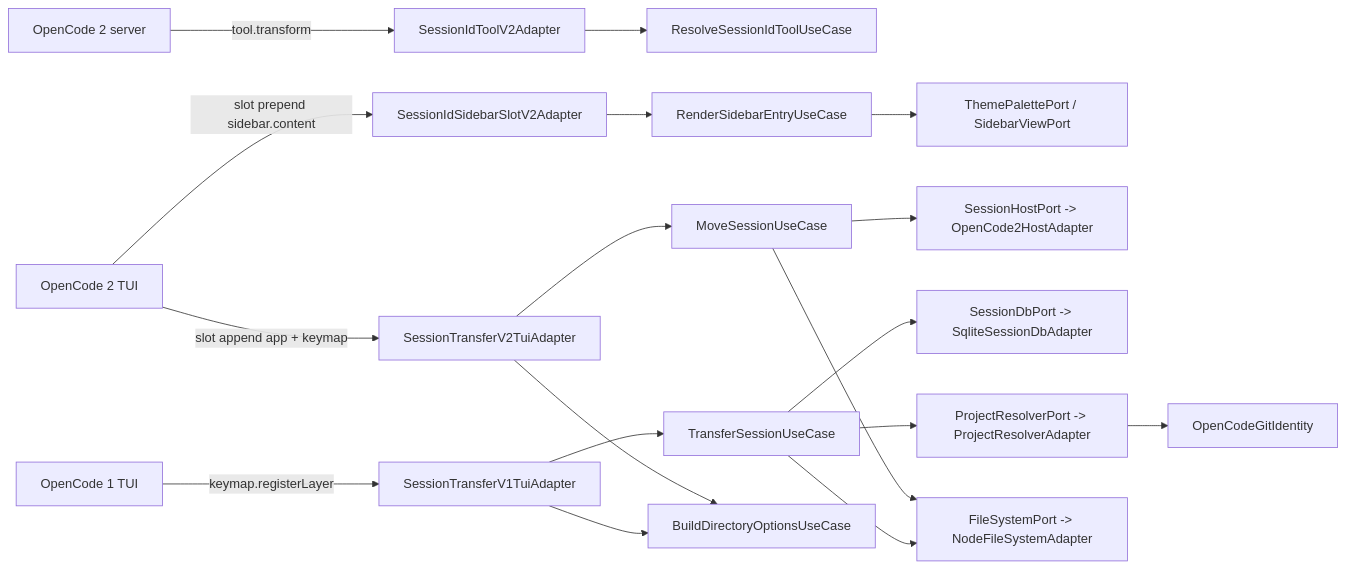
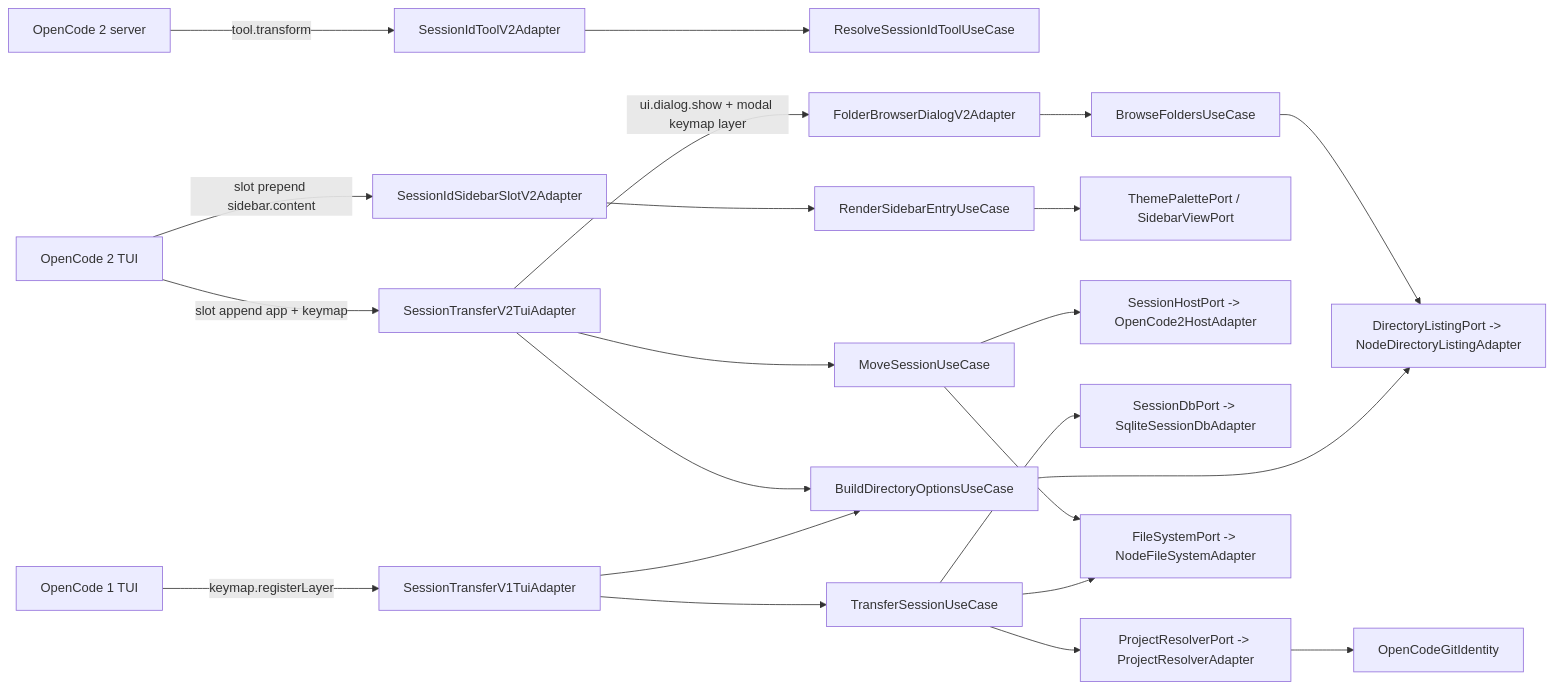
One commit to mavasbel-devtools/opencode-session-manager changed the first of 3 diagrams in README.md. Above: the diagram before and after it, drawn with Mermaid. The commit also changed other lines of this file and 29 other files, not shown here.

````diff
--- a/README.md
+++ b/README.md
@@ -558,20 +587,24 @@
 ```mermaid
 flowchart LR
     SRV[OpenCode 2 server] -->|tool.transform| TA[SessionIdToolV2Adapter]
     TUI2[OpenCode 2 TUI] -->|slot prepend sidebar.content| SB[SessionIdSidebarSlotV2Adapter]
     TUI2 -->|slot append app + keymap| T2[SessionTransferV2TuiAdapter]
     TUI1[OpenCode 1 TUI] -->|keymap.registerLayer| T1[SessionTransferV1TuiAdapter]
     TA --> RU[ResolveSessionIdToolUseCase]
     SB --> RE[RenderSidebarEntryUseCase]
     T2 --> MS[MoveSessionUseCase]
     T1 --> TS[TransferSessionUseCase]
     T2 --> BD[BuildDirectoryOptionsUseCase]
     T1 --> BD
+    T2 -->|ui.dialog.show + modal keymap layer| FB[FolderBrowserDialogV2Adapter]
+    FB --> BF[BrowseFoldersUseCase]
+    BF --> DL[DirectoryListingPort -> NodeDirectoryListingAdapter]
+    BD --> DL
     RE --> TP[ThemePalettePort / SidebarViewPort]
     MS --> HP[SessionHostPort -> OpenCode2HostAdapter]
     TS --> DB[SessionDbPort -> SqliteSessionDbAdapter]
     TS --> PR[ProjectResolverPort -> ProjectResolverAdapter]
     PR --> OGI2[OpenCodeGitIdentity]
     MS --> FS[FileSystemPort -> NodeFileSystemAdapter]
     TS --> FS
 ```
````
